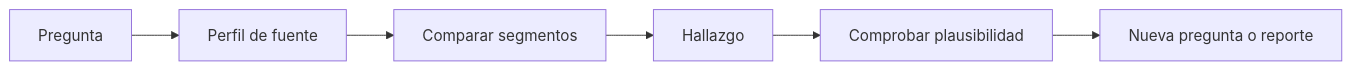
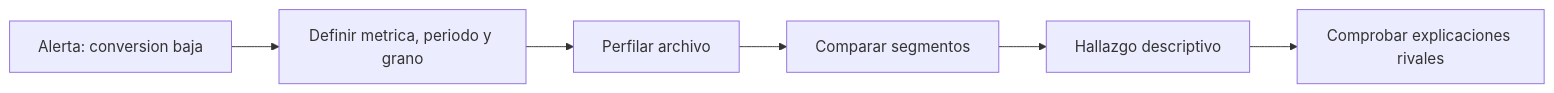
One commit to Ayhur/CursoAnalista changed the diagram in curso/06-analisis-exploratorio/lecciones/01-preguntas-y-perfil-exploratorio.md. Above: the diagram before and after it, drawn with Mermaid. The commit also changed other lines of this file and 15 other files, not shown here.

````diff
--- a/curso/06-analisis-exploratorio/lecciones/01-preguntas-y-perfil-exploratorio.md
+++ b/curso/06-analisis-exploratorio/lecciones/01-preguntas-y-perfil-exploratorio.md
@@ -9,8 +13,8 @@
 ```mermaid
 flowchart LR
- A[Pregunta] --> B[Perfil de fuente]
- B --> C[Comparar segmentos]
- C --> D[Hallazgo]
- D --> E[Comprobar plausibilidad]
- E --> F[Nueva pregunta o reporte]
+ A[Alerta: conversion baja] --> B[Definir metrica, periodo y grano]
+ B --> C[Perfilar archivo]
+ C --> D[Comparar segmentos]
+ D --> E[Hallazgo descriptivo]
+ E --> F[Comprobar explicaciones rivales]
 ```
````
